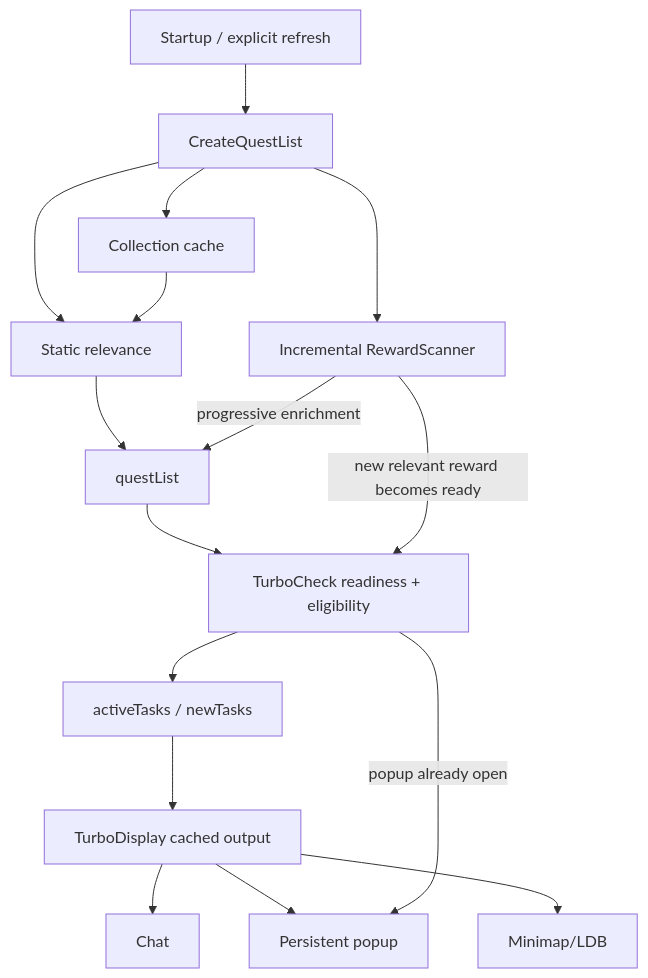
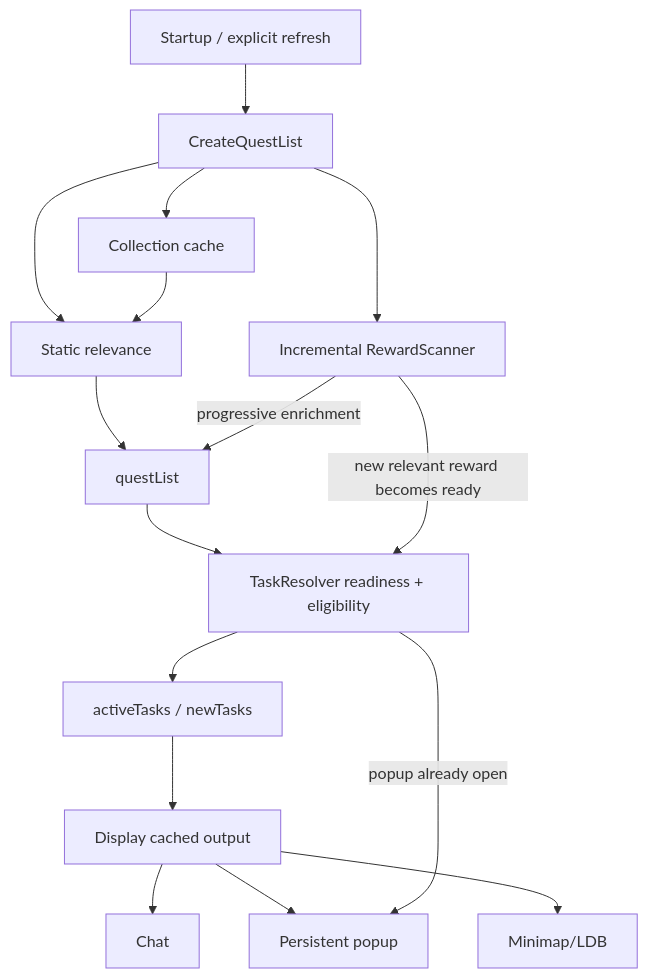
One commit to Mused21/WQATurbo changed the diagram in docs/README.md. Above: the diagram before and after it, drawn with Mermaid. The commit also changed other lines of this file and 38 other files, not shown here.

````diff
--- a/docs/README.md
+++ b/docs/README.md
@@ -61,22 +61,22 @@
 ```mermaid
 flowchart TD
     A[Startup / explicit refresh] --> B[CreateQuestList]
     B --> C[Static relevance]
     B --> D[Collection cache]
     B --> E[Incremental RewardScanner]
 
     C --> F[questList]
     D --> C
     E -->|progressive enrichment| F
 
-    F --> G[TurboCheck readiness + eligibility]
+    F --> G[TaskResolver readiness + eligibility]
     G --> H[activeTasks / newTasks]
 
-    H --> I[TurboDisplay cached output]
+    H --> I[Display cached output]
     I --> J[Chat]
     I --> K[Persistent popup]
     I --> L[Minimap/LDB]
 
     E -->|new relevant reward becomes ready| G
     G -->|popup already open| K
 ```
````
